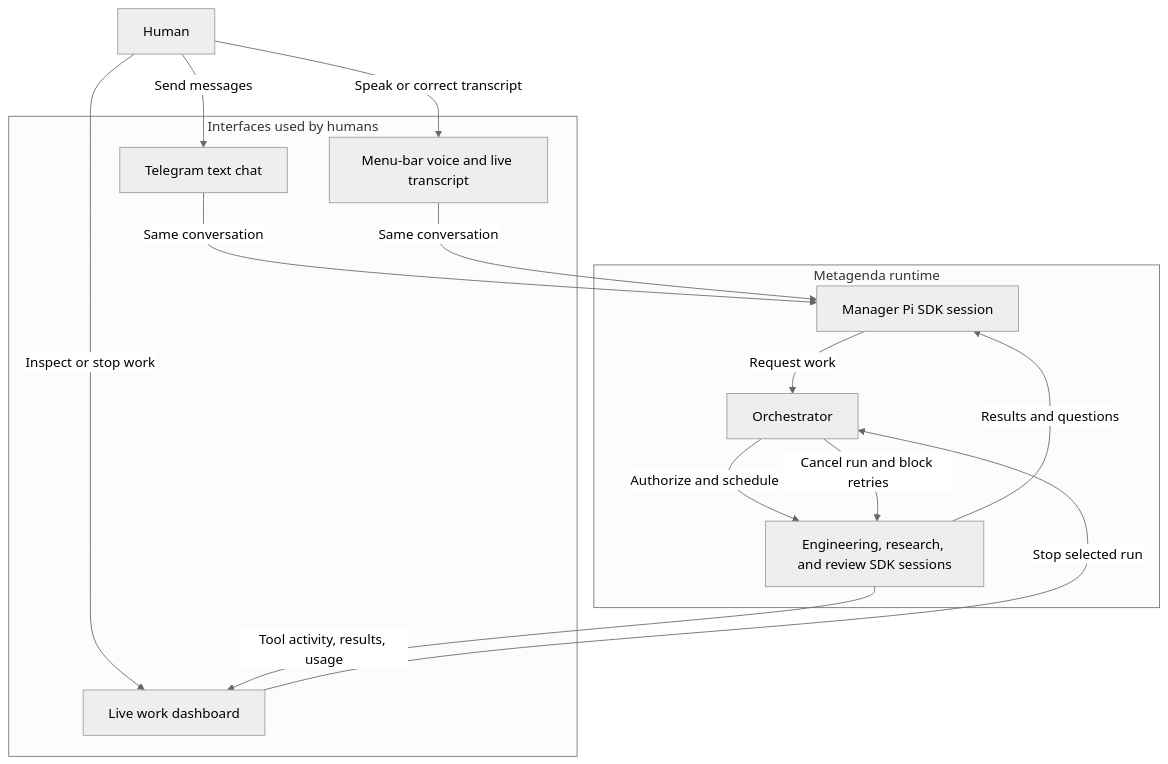
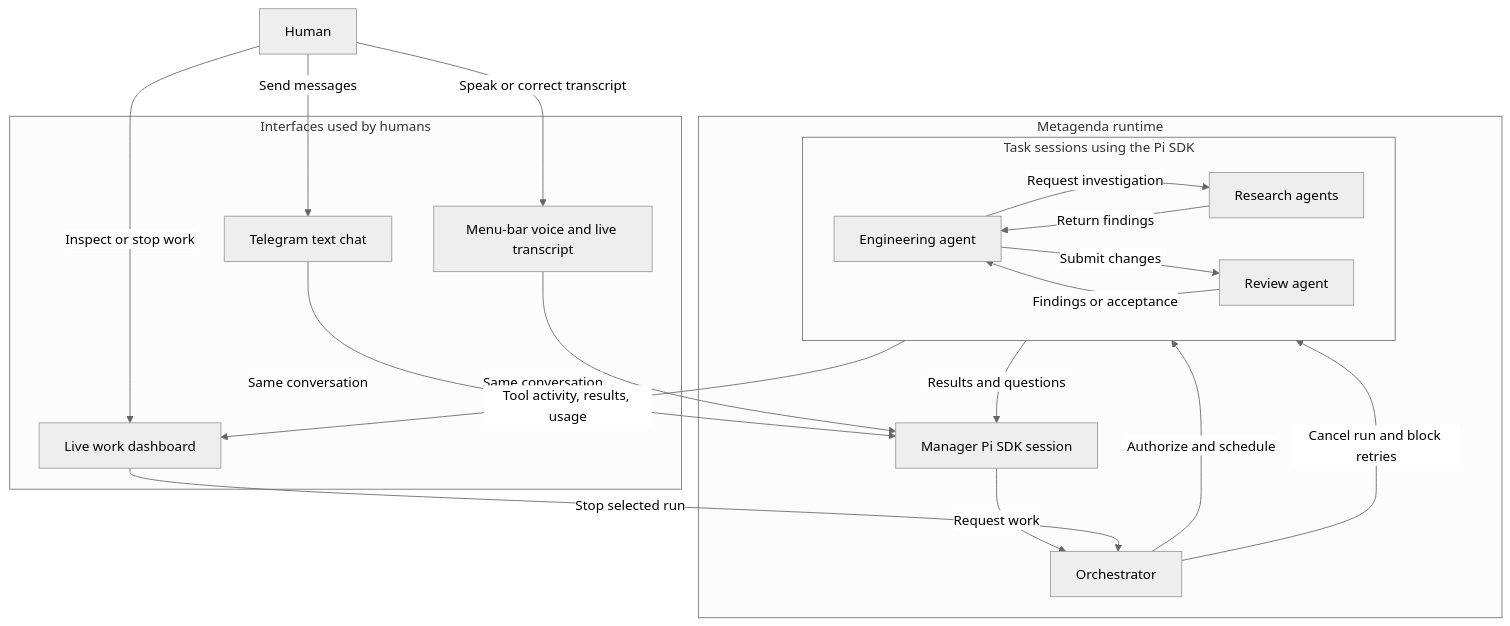
One commit to dataclique/metagenda changed the first of 6 diagrams in SPEC.md. Above: the diagram before and after it, drawn with Mermaid (neutral theme).

Commit message:
show engineering research and review sessions separately

````diff
--- a/SPEC.md
+++ b/SPEC.md
@@ -77,25 +77,33 @@
 ```mermaid
 flowchart TB
     Human[Human]
     subgraph Interfaces[Interfaces used by humans]
         Telegram[Telegram text chat]
         Voice[Menu-bar voice and live transcript]
         Dashboard[Live work dashboard]
     end
     subgraph Runtime[Metagenda runtime]
         Manager[Manager Pi SDK session]
         Coordinator[Orchestrator]
-        Workers[Engineering, research, and review SDK sessions]
+        subgraph Workers[Task sessions using the Pi SDK]
+            Engineer[Engineering agent]
+            Research[Research agents]
+            Reviewer[Review agent]
+            Engineer -->|Request investigation| Research
+            Research -->|Return findings| Engineer
+            Engineer -->|Submit changes| Reviewer
+            Reviewer -->|Findings or acceptance| Engineer
+        end
     end
     Human -->|Send messages| Telegram
     Human -->|Speak or correct transcript| Voice
     Telegram -->|Same conversation| Manager
     Voice -->|Same conversation| Manager
     Manager -->|Request work| Coordinator
     Coordinator -->|Authorize and schedule| Workers
     Workers -->|Results and questions| Manager
     Human -->|Inspect or stop work| Dashboard
     Dashboard -->|Stop selected run| Coordinator
     Coordinator -->|Cancel run and block retries| Workers
     Workers -->|Tool activity, results, usage| Dashboard
 ```
````
